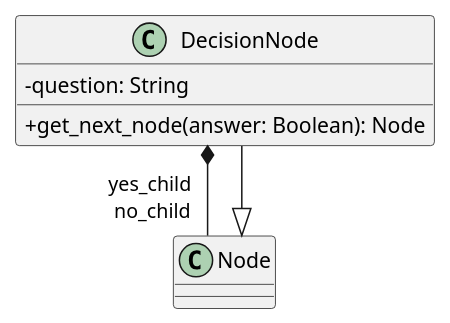
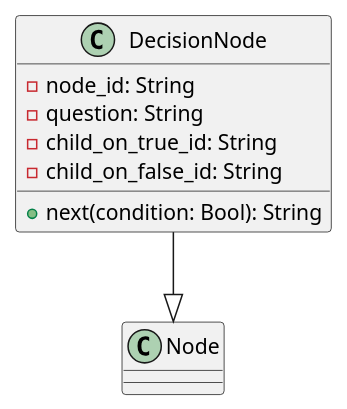
The diagram in src/PB/DocumentazioneEsterna/Specifica_Tecnica/content/uml/puml/Diagrammi_classi/Backend/Domain/DecisionNode.puml (GroupRubberDuck/Documentazione), drawn with PlantUML before and after one commit. The commit also changed 24 other files, not shown here.

```diff
--- a/src/PB/DocumentazioneEsterna/Specifica_Tecnica/content/uml/puml/Diagrammi_classi/Backend/Domain/DecisionNode.puml
+++ b/src/PB/DocumentazioneEsterna/Specifica_Tecnica/content/uml/puml/Diagrammi_classi/Backend/Domain/DecisionNode.puml
@@ -1,12 +1,14 @@
 @startuml DecisionNode
-skinparam linetype ortho
-skinparam classAttributeIconSize 0
 
 class DecisionNode {
+    - node_id: String
     - question: String
-    + get_next_node(answer: Boolean): Node
+    - child_on_true_id: String
+    - child_on_false_id: String
+    
+    + next(condition: Bool): String
 }
-DecisionNode *--" yes_child \n no_child" Node
+
 DecisionNode --|> Node
 
 @enduml
```
